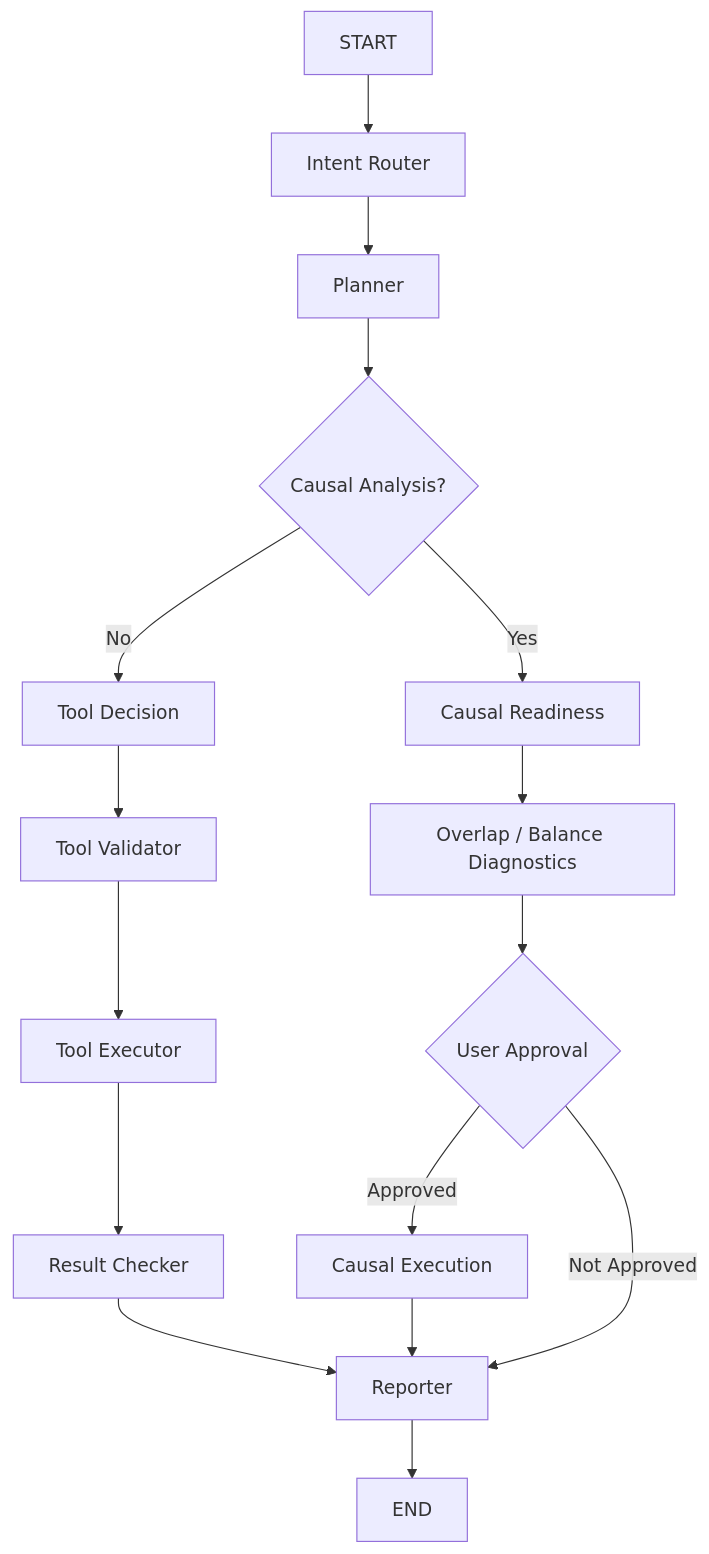
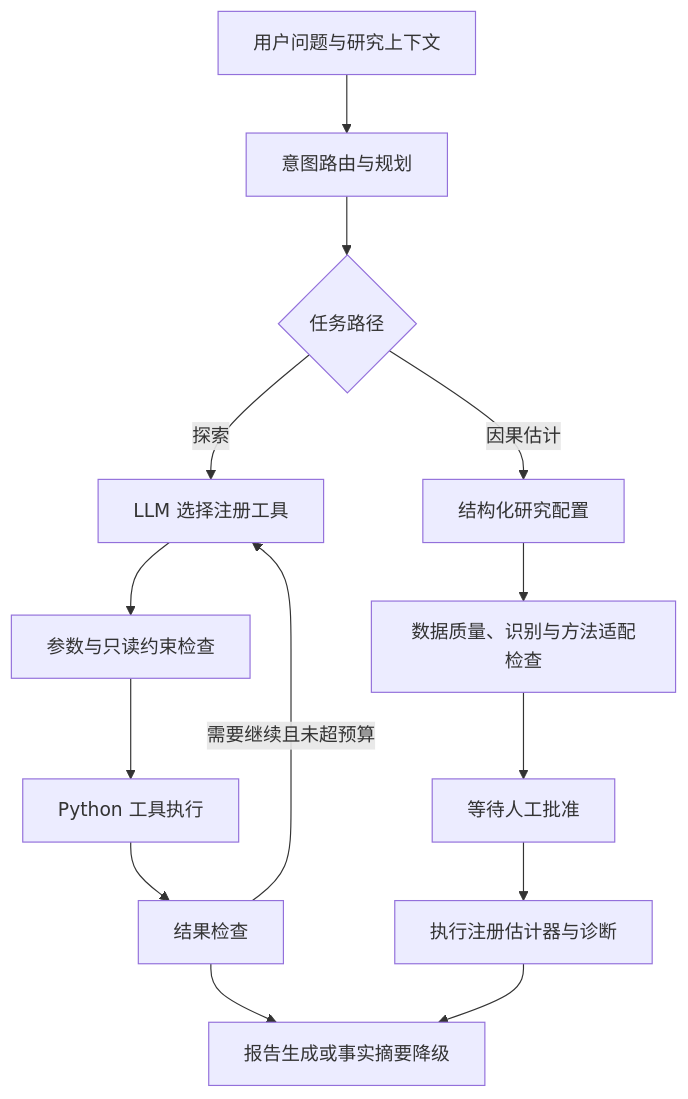
The second of 2 diagrams in README.md (shanyinduo-glitch/causalens-agent), drawn with Mermaid before and after one commit. The commit also changed other lines of this file and 1 other file, not shown here.

Commit message:
Refresh README for current conversational causal exploration workspace

````diff
--- a/README.md
+++ b/README.md
@@ -738,22 +94,16 @@
 ```mermaid
 flowchart TD
-    A[START] --> B[Intent Router]
-    B --> C[Planner]
-
-    C --> D{Causal Analysis?}
-
-    D -->|No| E[Tool Decision]
-    E --> F[Tool Validator]
-    F --> G[Tool Executor]
-    G --> H[Result Checker]
-    H --> I[Reporter]
-
-    D -->|Yes| J[Causal Readiness]
-    J --> O[Overlap / Balance Diagnostics]
-    O --> K{User Approval}
-    K -->|Approved| L[Causal Execution]
-    L --> I
-    K -->|Not Approved| I
-
-    I --> M[END]
+    Q[用户问题与研究上下文] --> R[意图路由与规划]
+    R --> T{任务路径}
+    T -->|探索| D[LLM 选择注册工具]
+    D --> V[参数与只读约束检查]
+    V --> X[Python 工具执行]
+    X --> C[结果检查]
+    C -->|需要继续且未超预算| D
+    C --> P[报告生成或事实摘要降级]
+    T -->|因果估计| S[结构化研究配置]
+    S --> K[数据质量、识别与方法适配检查]
+    K --> A[等待人工批准]
+    A --> E[执行注册估计器与诊断]
+    E --> P
 ```
````
